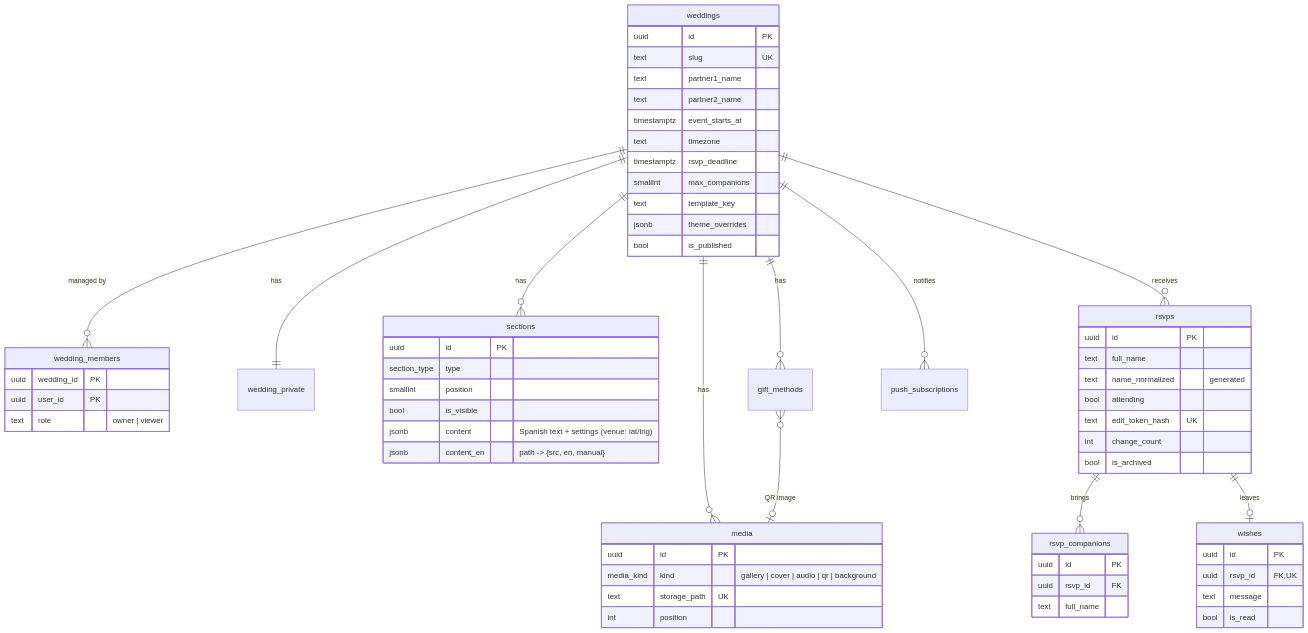
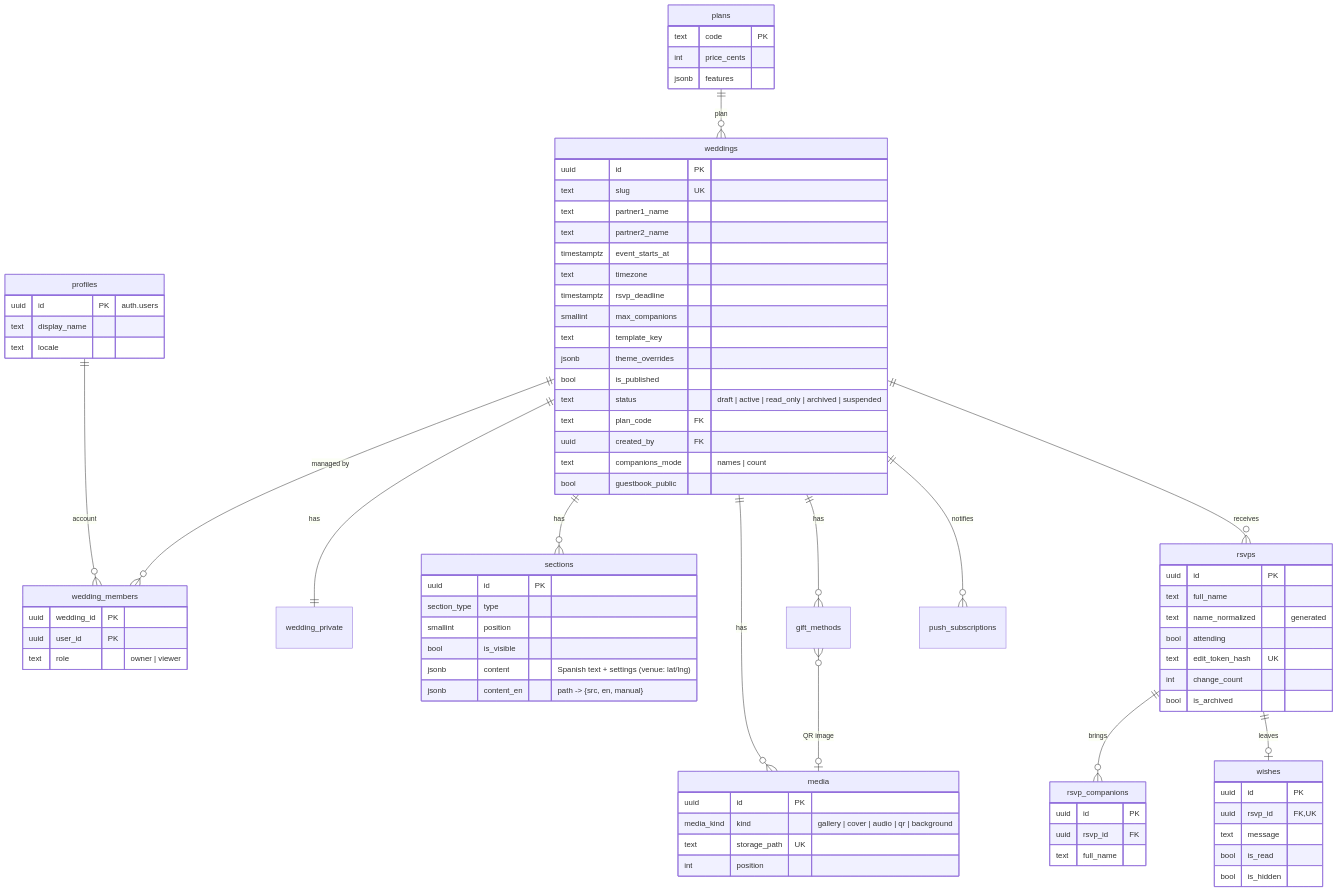
One commit to Daniiel18/plataforma-bodas changed the diagram in docs/database.md. Above: the diagram before and after it, drawn with Mermaid. The commit also changed other lines of this file and 3 other files, not shown here.

Commit message:
docs: wedding lifecycle, platform tables and the Lazo de Oro roadmap

````diff
--- a/docs/database.md
+++ b/docs/database.md
@@ -5,5 +5,7 @@
 ```mermaid
 erDiagram
+  plans ||--o{ weddings : "plan"
+  profiles ||--o{ wedding_members : "account"
   weddings ||--o{ wedding_members : "managed by"
   weddings ||--|| wedding_private : has
   weddings ||--o{ sections : has
@@ -27,6 +29,21 @@
     text template_key
     jsonb theme_overrides
     bool is_published
+    text status "draft | active | read_only | archived | suspended"
+    text plan_code FK
+    uuid created_by FK
+    text companions_mode "names | count"
+    bool guestbook_public
+  }
+  plans {
+    text code PK
+    int price_cents
+    jsonb features
+  }
+  profiles {
+    uuid id PK "auth.users"
+    text display_name
+    text locale
   }
   wedding_members {
     uuid wedding_id PK
@@ -66,5 +83,6 @@
     uuid rsvp_id FK,UK
     text message
     bool is_read
+    bool is_hidden
   }
 ```
````
